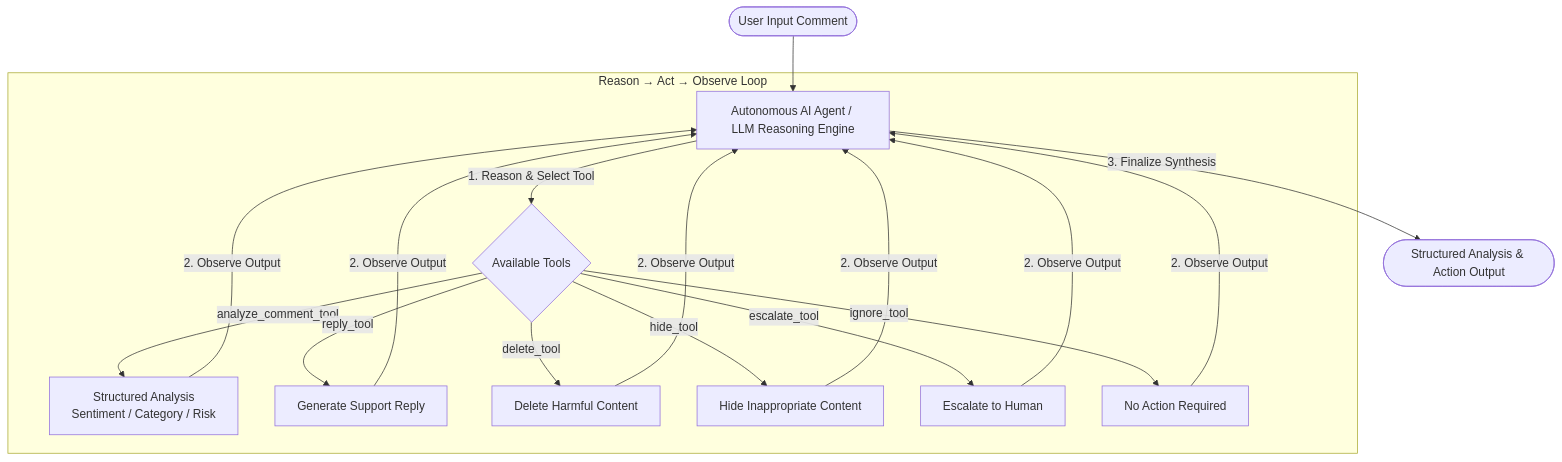
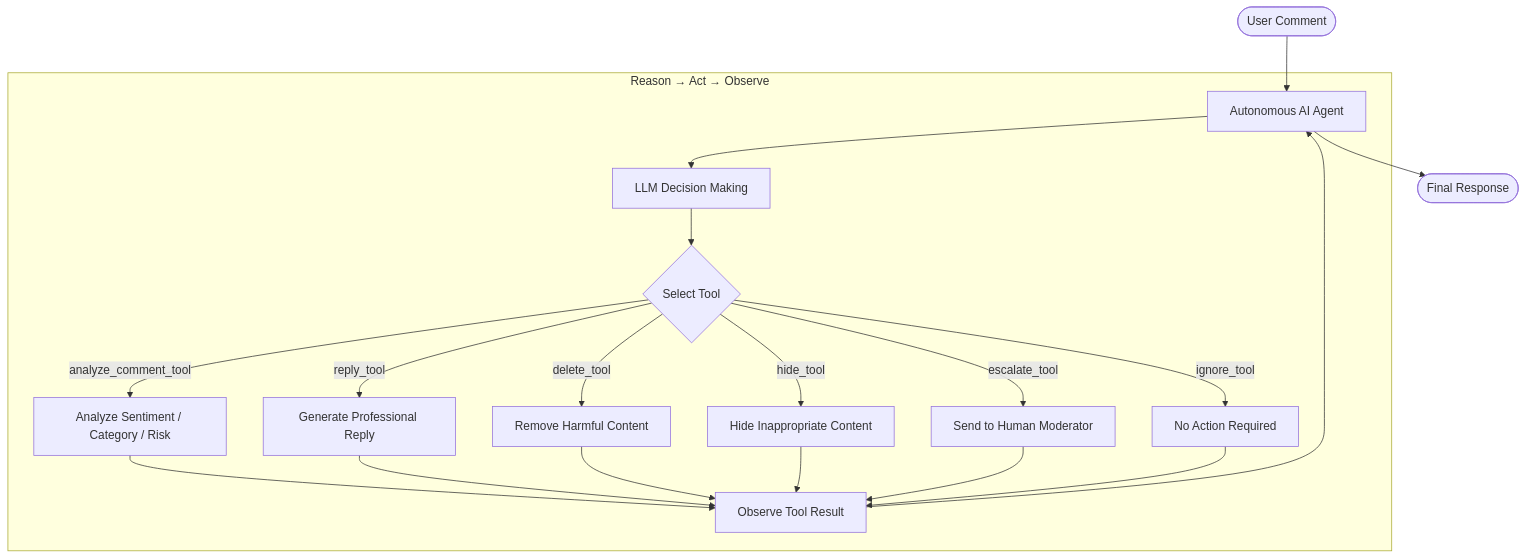
Before and after one commit to umerfarooq111/Smart-SocialMedia-Agent: the diagram in README.md, drawn with Mermaid.

Commit message:
Update Readme.md Documentation

````diff
--- a/README.md
+++ b/README.md
@@ -65,24 +65,27 @@
 ```mermaid
 graph TD
-    User([User Input Comment]) --> Agent[Autonomous AI Agent / LLM Reasoning Engine]
-    
-    subgraph ReAct Loop [Reason → Act → Observe Loop]
-        Agent -->|1. Reason & Select Tool| Tools{Available Tools}
-        
-        Tools -->|analyze_comment_tool| NLU[Structured Analysis\nSentiment / Category / Risk]
-        Tools -->|reply_tool| Support[Generate Support Reply]
-        Tools -->|delete_tool| Delete[Delete Harmful Content]
+    User([User Comment]) --> Agent[Autonomous AI Agent]
+
+    subgraph ReAct Loop [Reason → Act → Observe]
+        Agent --> Reason[LLM Decision Making]
+        Reason --> Tools{Select Tool}
+
+        Tools -->|analyze_comment_tool| Analysis[Analyze Sentiment / Category / Risk]
+        Tools -->|reply_tool| Reply[Generate Professional Reply]
+        Tools -->|delete_tool| Delete[Remove Harmful Content]
         Tools -->|hide_tool| Hide[Hide Inappropriate Content]
-        Tools -->|escalate_tool| Escalate[Escalate to Human]
+        Tools -->|escalate_tool| Escalate[Send to Human Moderator]
         Tools -->|ignore_tool| Ignore[No Action Required]
-        
-        NLU -->|2. Observe Output| Agent
-        Support -->|2. Observe Output| Agent
-        Delete -->|2. Observe Output| Agent
-        Hide -->|2. Observe Output| Agent
-        Escalate -->|2. Observe Output| Agent
-        Ignore -->|2. Observe Output| Agent
+
+        Analysis --> Observe[Observe Tool Result]
+        Reply --> Observe
+        Delete --> Observe
+        Hide --> Observe
+        Escalate --> Observe
+        Ignore --> Observe
+
+        Observe --> Agent
     end
-    
-    Agent -->|3. Finalize Synthesis| Output([Structured Analysis & Action Output])
+
+    Agent --> Final([Final Response])
 ```
````
